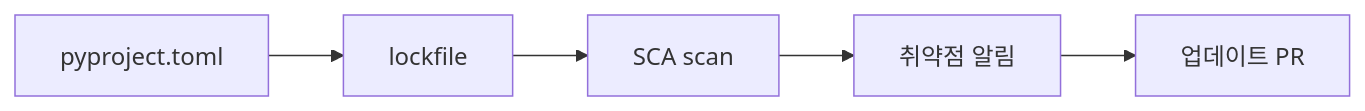
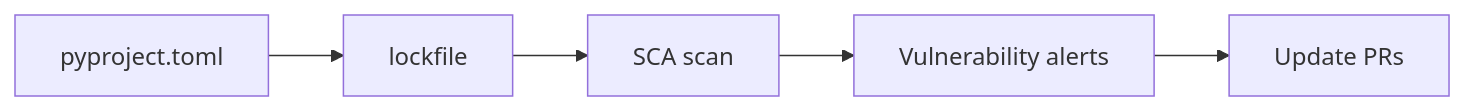
Before and after one commit to yeongseon-books/book-content: the diagram in content/secure-coding-101/ko/09-dependency-vulnerabilities.md, drawn with Mermaid. The commit also changed other lines of this file and 9 other files, not shown here.

````diff
--- a/content/secure-coding-101/ko/09-dependency-vulnerabilities.md
+++ b/content/secure-coding-101/ko/09-dependency-vulnerabilities.md
@@ -35,7 +49,7 @@
 ```mermaid
 flowchart LR
     Manifest["pyproject.toml"] --> Lock["lockfile"]
     Lock --> SCA["SCA scan"]
-    SCA --> Alerts["취약점 알림"]
-    Alerts --> Update["업데이트 PR"]
+    SCA --> Alerts["Vulnerability alerts"]
+    Alerts --> Update["Update PRs"]
 ```
````
